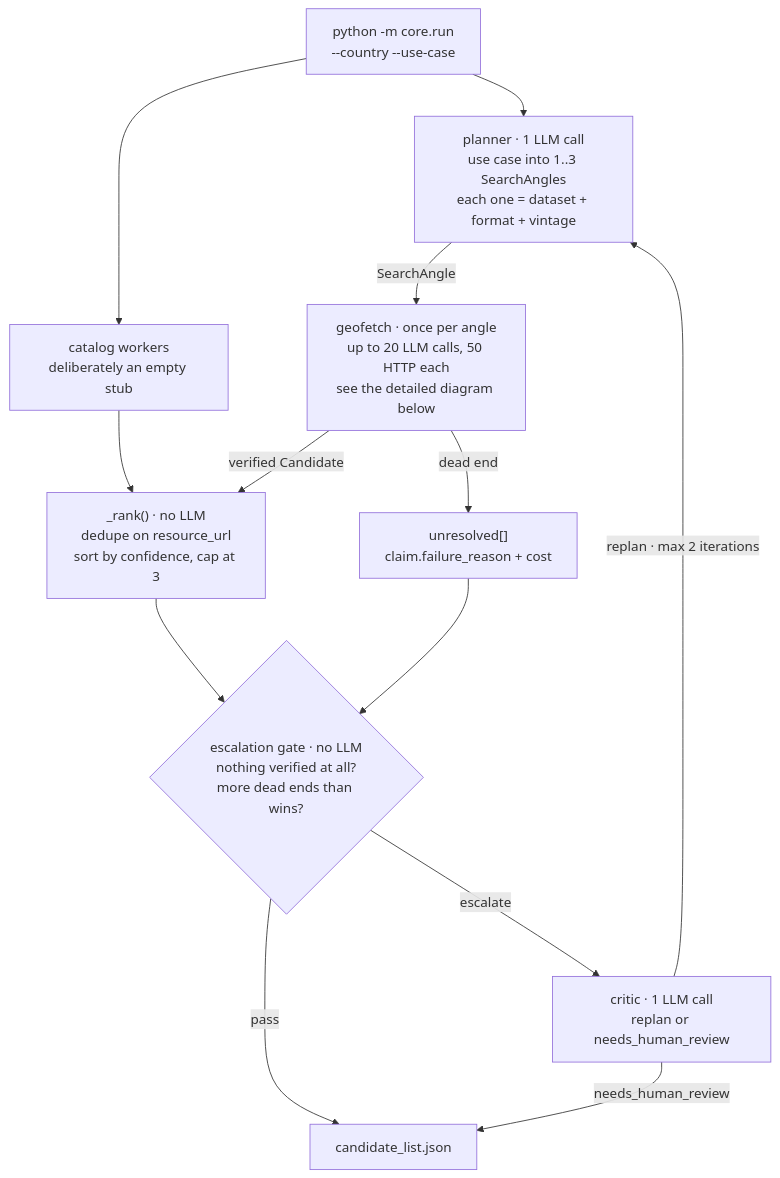
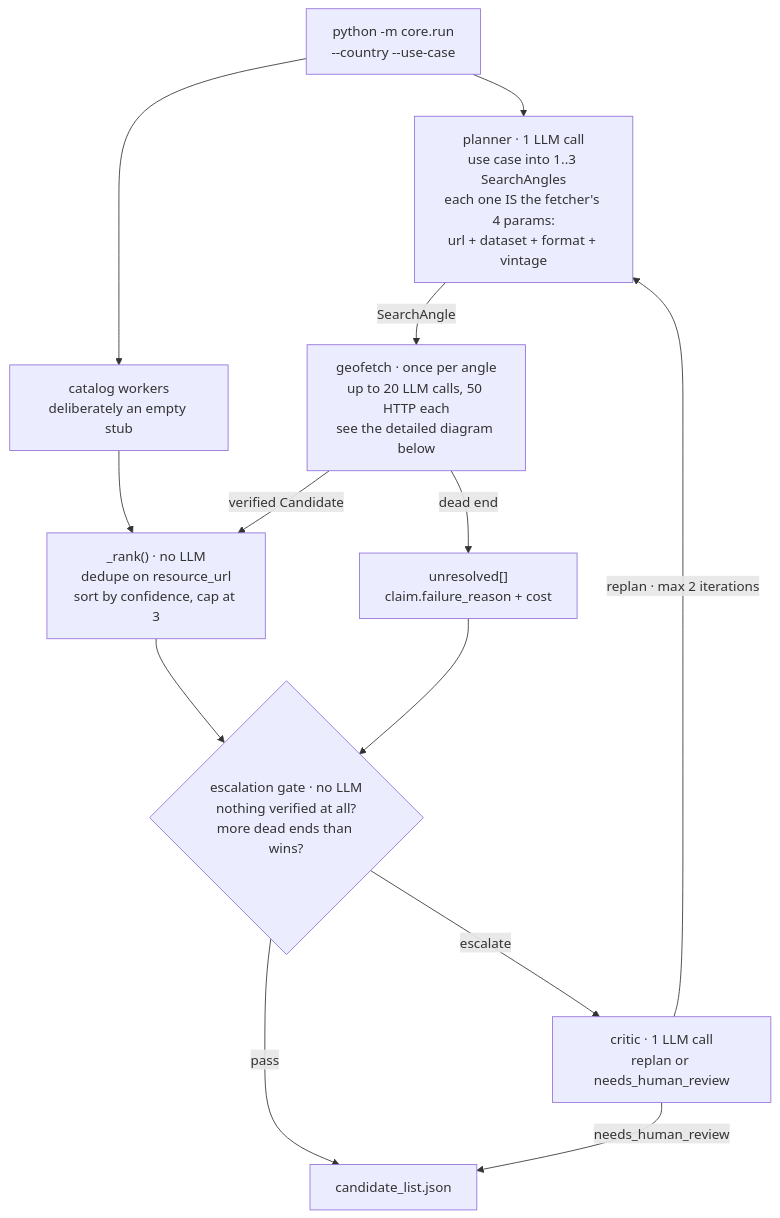
One commit to CommanderWahid/beegent changed the first of 2 diagrams in README.md. Above: the diagram before and after it, drawn with Mermaid. The commit also changed other lines of this file and 6 other files, not shown here.

````diff
--- a/README.md
+++ b/README.md
@@ -33,25 +33,25 @@
 ```mermaid
 flowchart TD
     IN["python -m core.run<br/>--country --use-case"]
-    PLAN["planner · 1 LLM call<br/>use case into 1..3 SearchAngles<br/>each one = dataset + format + vintage"]
+    PLAN["planner · 1 LLM call<br/>use case into 1..3 SearchAngles<br/>each one IS the fetcher's 4 params:<br/>url + dataset + format + vintage"]
     CAT["catalog workers<br/>deliberately an empty stub"]
     GF["geofetch · once per angle<br/>up to 20 LLM calls, 50 HTTP each<br/>see the detailed diagram below"]
     RANK["_rank() · no LLM<br/>dedupe on resource_url<br/>sort by confidence, cap at 3"]
     GATE{"escalation gate · no LLM<br/>nothing verified at all?<br/>more dead ends than wins?"}
     CRITIC["critic · 1 LLM call<br/>replan or needs_human_review"]
     UNRES["unresolved[]<br/>claim.failure_reason + cost"]
     OUT["candidate_list.json"]
 
     IN --> PLAN
     IN --> CAT
     PLAN -->|SearchAngle| GF
     CAT --> RANK
     GF -->|verified Candidate| RANK
     GF -->|dead end| UNRES
     RANK --> GATE
     UNRES --> GATE
     GATE -->|pass| OUT
     GATE -->|escalate| CRITIC
     CRITIC -->|replan · max 2 iterations| PLAN
     CRITIC -->|needs_human_review| OUT
 ```
````
